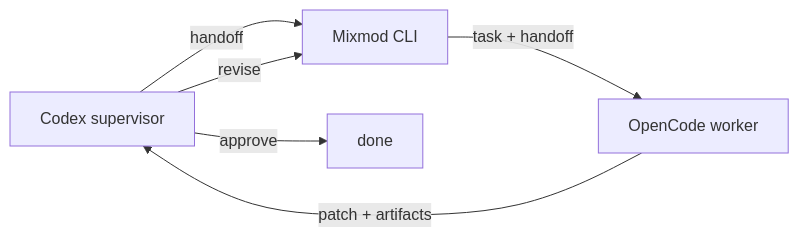
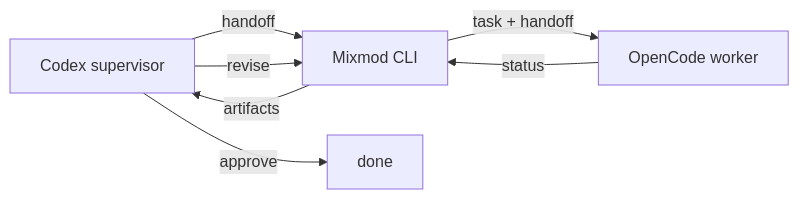
One commit to rndhouse/mixmod changed the diagram in README.md. Above: the diagram before and after it, drawn with Mermaid.

Commit message:
Show worker status loop in README
Route OpenCode status back through Mixmod in the workflow diagram so the supervision loop is clearer.

````diff
--- a/README.md
+++ b/README.md
@@ -13,8 +13,9 @@
 ```mermaid
 flowchart LR
     Codex[Codex supervisor] -->|handoff| Mixmod[Mixmod CLI]
     Mixmod -->|task + handoff| OpenCode[OpenCode worker]
-    OpenCode -->|patch + artifacts| Codex
+    OpenCode -->|status| Mixmod
+    Mixmod -->|artifacts| Codex
     Codex -->|revise| Mixmod
     Codex -->|approve| Done[done]
 ```
````
